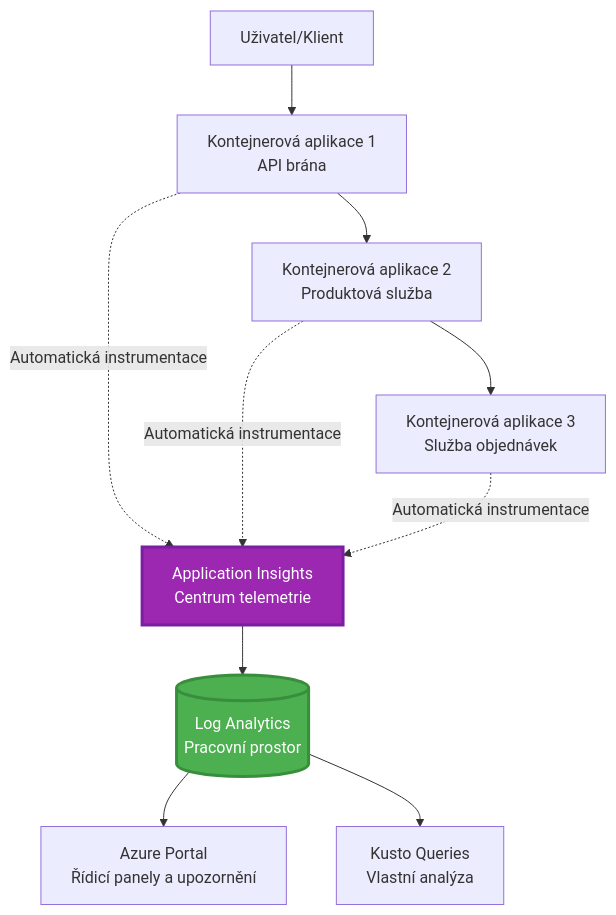
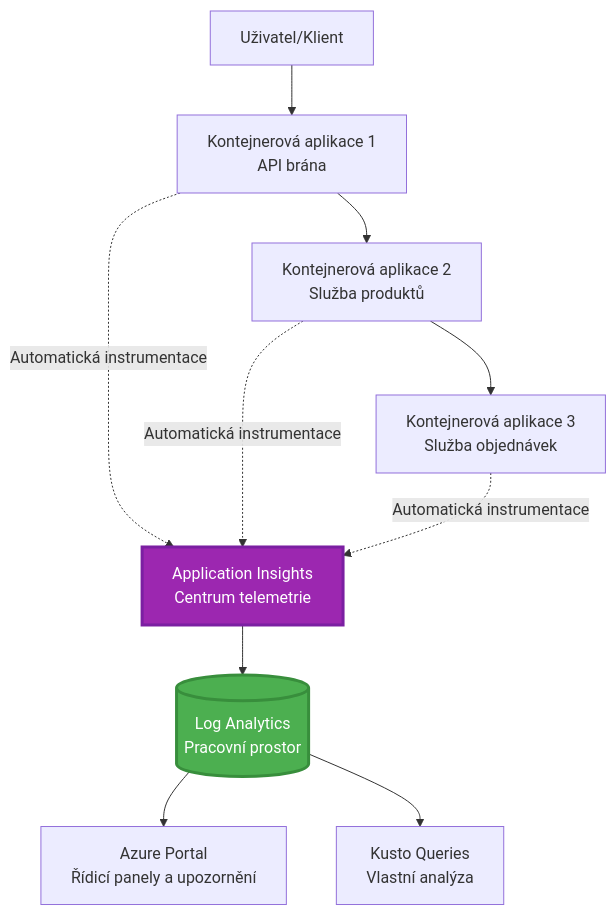
The first of 2 diagrams in translations/cs/docs/chapter-06-pre-deployment/application-insights.md (microsoft/AZD-for-beginners), drawn with Mermaid before and after one commit. The commit also changed other lines of this file and 101 other files, not shown here.

````diff
--- a/translations/cs/docs/chapter-06-pre-deployment/application-insights.md
+++ b/translations/cs/docs/chapter-06-pre-deployment/application-insights.md
@@ -58,28 +58,28 @@
 ```mermaid
 graph TB
     User[Uživatel/Klient]
     App1[Kontejnerová aplikace 1<br/>API brána]
-    App2[Kontejnerová aplikace 2<br/>Produktová služba]
+    App2[Kontejnerová aplikace 2<br/>Služba produktů]
     App3[Kontejnerová aplikace 3<br/>Služba objednávek]
     
     AppInsights[Application Insights<br/>Centrum telemetrie]
     LogAnalytics[(Log Analytics<br/>Pracovní prostor)]
     
     Portal[Azure Portal<br/>Řídicí panely a upozornění]
     Query[Kusto Queries<br/>Vlastní analýza]
     
     User --> App1
     App1 --> App2
     App2 --> App3
     
     App1 -.->|Automatická instrumentace| AppInsights
     App2 -.->|Automatická instrumentace| AppInsights
     App3 -.->|Automatická instrumentace| AppInsights
     
     AppInsights --> LogAnalytics
     LogAnalytics --> Portal
     LogAnalytics --> Query
     
     style AppInsights fill:#9C27B0,stroke:#7B1FA2,stroke-width:3px,color:#fff
     style LogAnalytics fill:#4CAF50,stroke:#388E3C,stroke-width:3px,color:#fff
 ```
````
